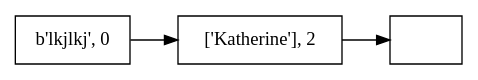
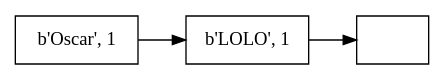
One commit to olgt/EDD_1S2019_P1_201612341 changed the diagram in ScoreboardReport.dot. Above: the diagram before and after it, drawn with Graphviz. The commit also changed 8 other files, not shown here.

```diff
--- a/ScoreboardReport.dot
+++ b/ScoreboardReport.dot
@@ -1,9 +1,9 @@
 digraph firstGraph{
 node [shape = record];
 rankdir=LR;
-node0 [label=" b'lkjlkj', 0 "];
+node0 [label=" b'Oscar', 1 "];
 node0 -> node1;
-node1 [label=" ['Katherine'], 2 "];
+node1 [label=" b'LOLO', 1 "];
 node1 -> node2;
 node2 [label="   "];
 }
```
